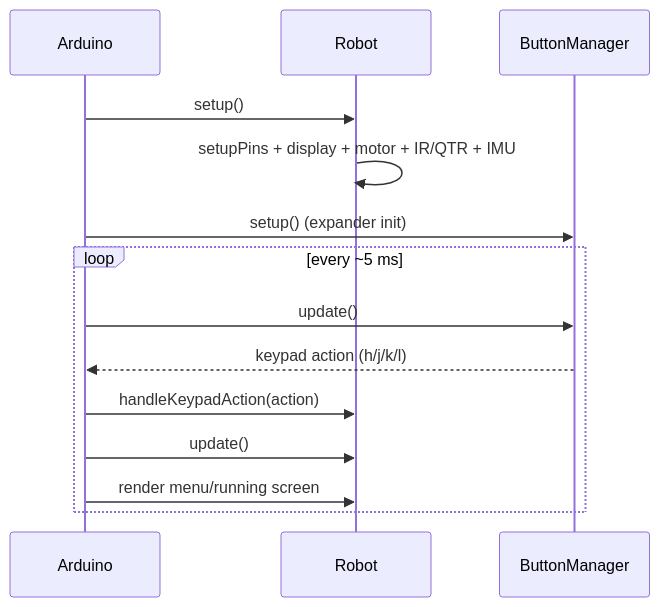
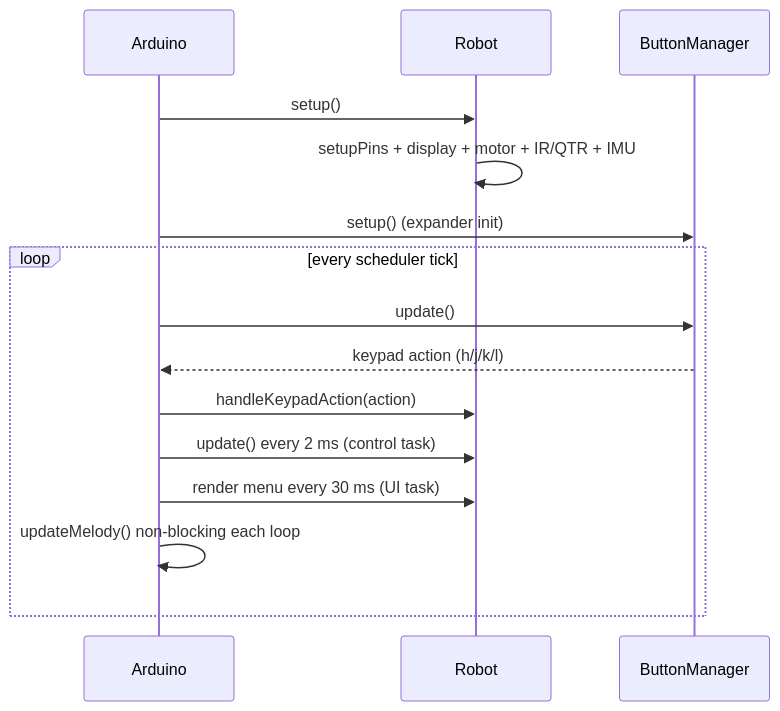
One commit to progenor/SumoV2 changed the second of 3 diagrams in docs/PROJECT_ARCHITECTURE.md. Above: the diagram before and after it, drawn with Mermaid. The commit also changed other lines of this file and 3 other files, not shown here.

````diff
--- a/docs/PROJECT_ARCHITECTURE.md
+++ b/docs/PROJECT_ARCHITECTURE.md
@@ -27,18 +27,19 @@
 ```mermaid
 sequenceDiagram
     participant A as Arduino
     participant R as Robot
     participant B as ButtonManager
 
     A->>R: setup()
     R->>R: setupPins + display + motor + IR/QTR + IMU
     A->>B: setup() (expander init)
 
-    loop every ~5 ms
+    loop every scheduler tick
         A->>B: update()
         B-->>A: keypad action (h/j/k/l)
         A->>R: handleKeypadAction(action)
-        A->>R: update()
-        A->>R: render menu/running screen
+        A->>R: update() every 2 ms (control task)
+        A->>R: render menu every 30 ms (UI task)
+        A->>A: updateMelody() non-blocking each loop
     end
 ```
````
